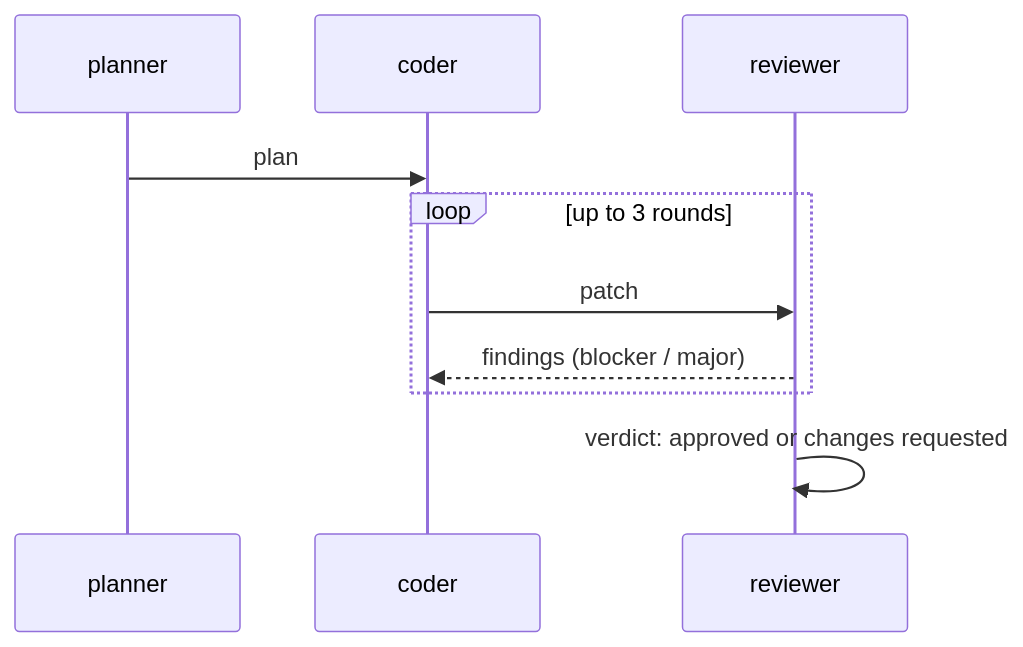
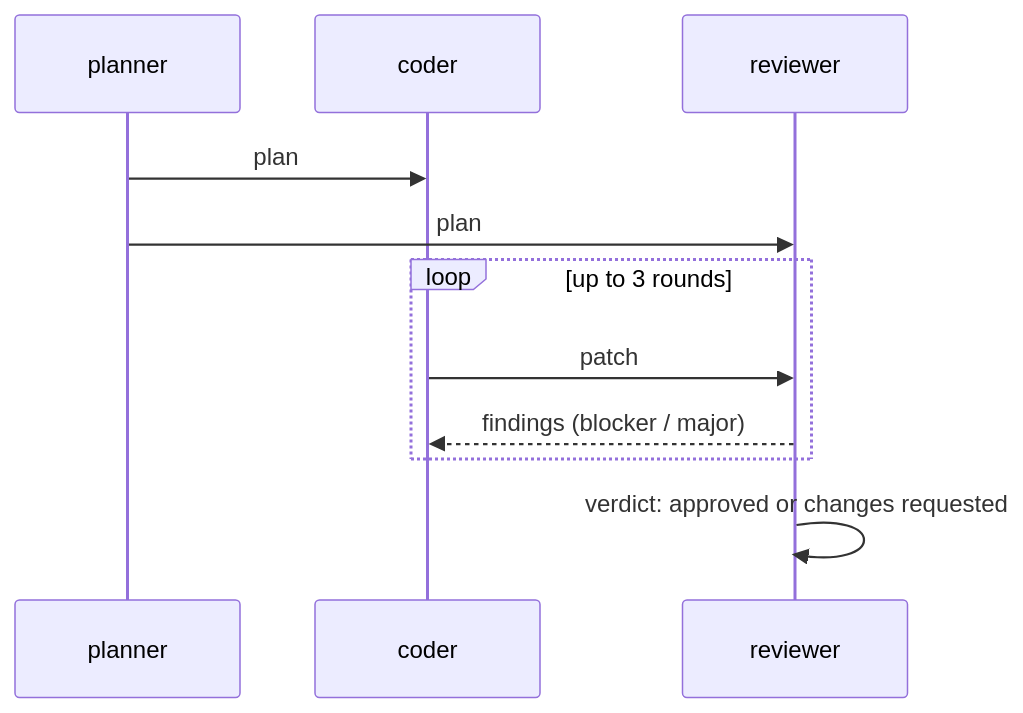
Before and after one commit to Darshan2104/Garuda-openagent: the second of 2 diagrams in docs/use-cases/teams.md, drawn with Mermaid. The commit also changed other lines of this file and 8 other files, not shown here.

````diff
--- a/docs/use-cases/teams.md
+++ b/docs/use-cases/teams.md
@@ -164,12 +164,13 @@
 ```mermaid
 sequenceDiagram
   participant P as planner
   participant C as coder
   participant R as reviewer
   P->>C: plan
+  P->>R: plan
   loop up to 3 rounds
     C->>R: patch
     R-->>C: findings (blocker / major)
   end
   R->>R: verdict: approved or changes requested
 ```
````
